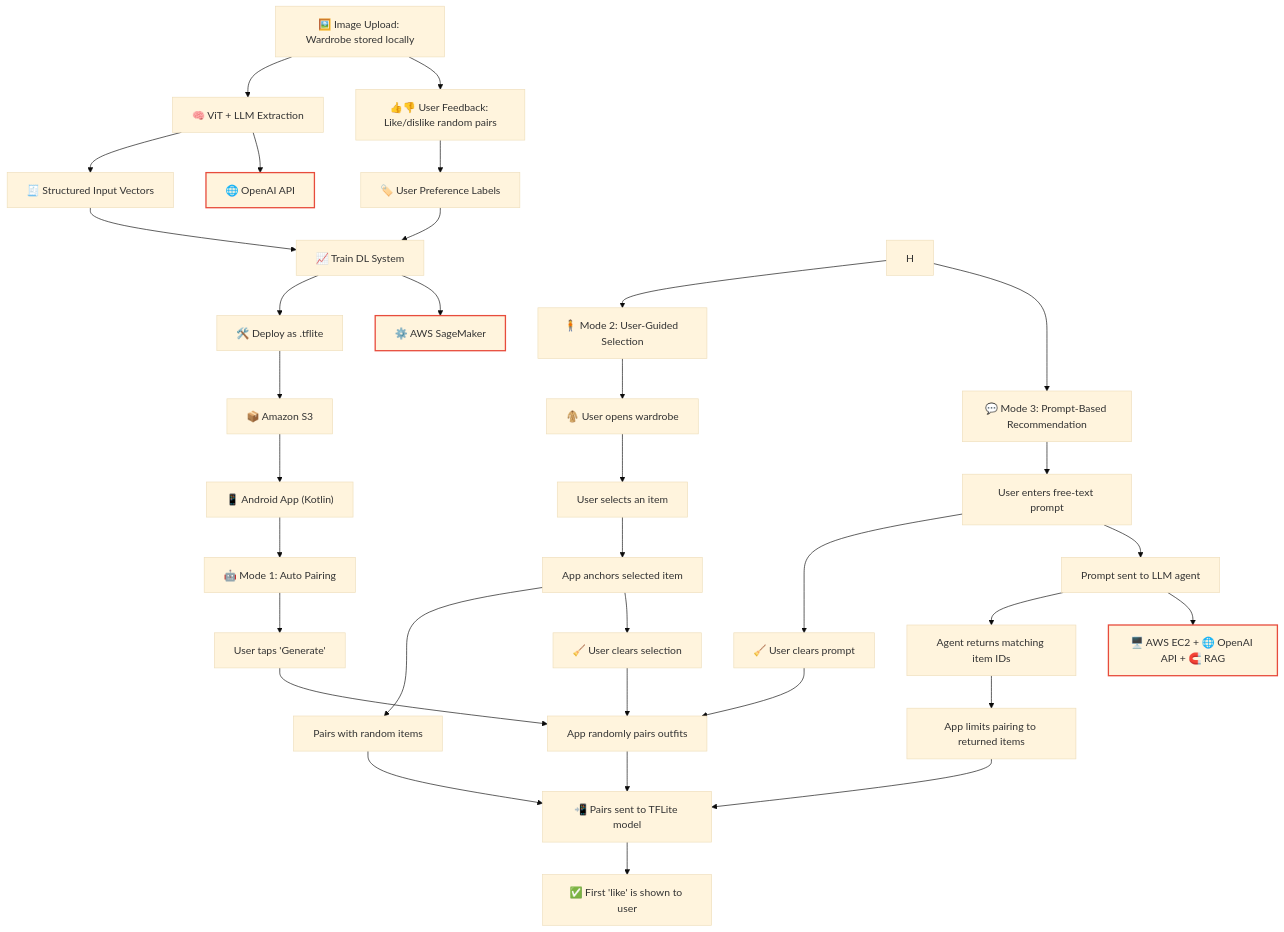
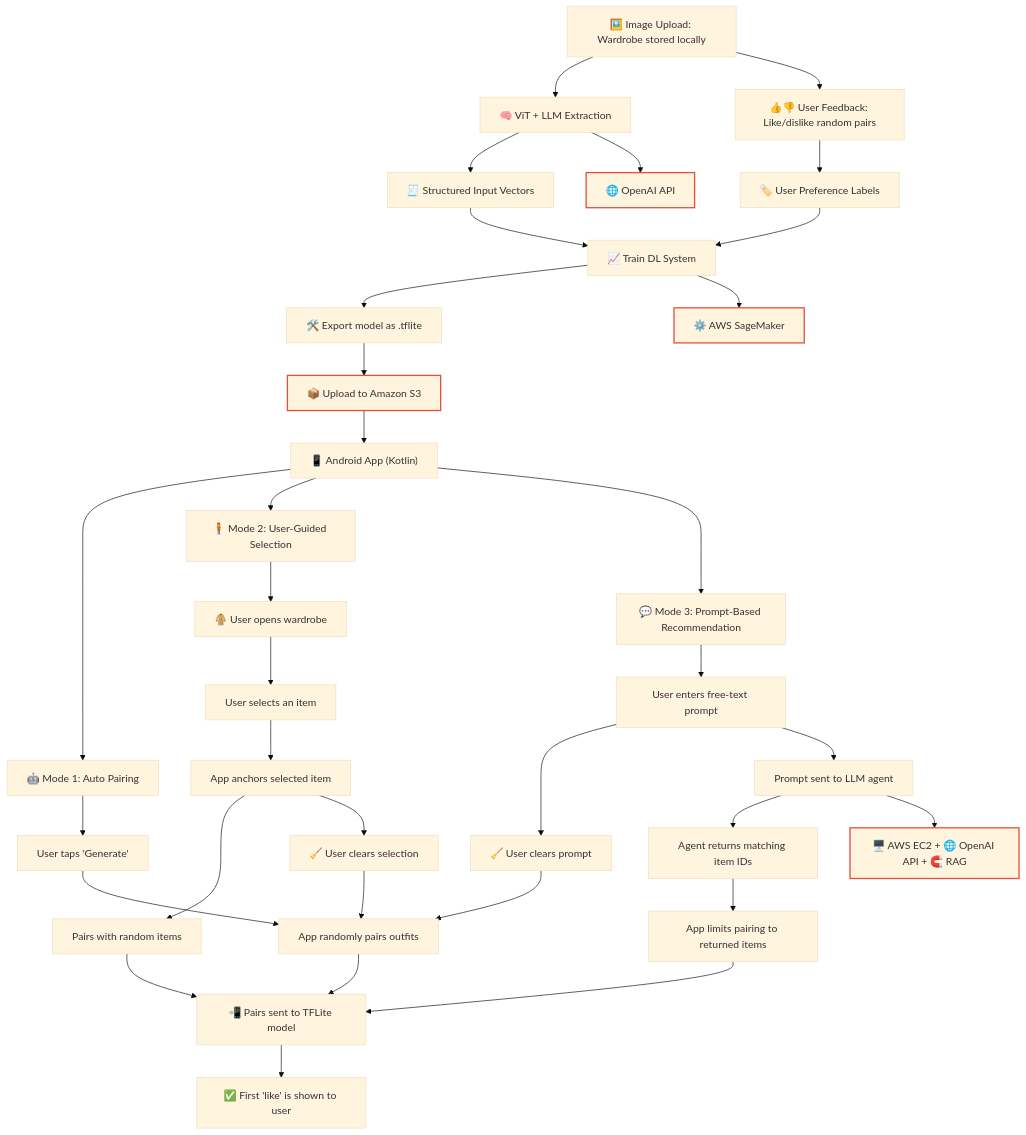
Before and after one commit to DressMe-AI/awesome-dressmeai: the diagram in README.md, drawn with Mermaid (base theme).

````diff
--- a/README.md
+++ b/README.md
@@ -44,55 +44,55 @@
 ```mermaid
 flowchart TD
     %% Core pipeline
     A["🖼️ Image Upload: Wardrobe stored locally"] --> B
     A --> C
     B["🧠 ViT + LLM Extraction"] --> D
     C["👍👎 User Feedback: Like/dislike random pairs"] --> E
     D["🧾 Structured Input Vectors"] --> F
     E["🏷️ User Preference Labels"] --> F
     F["📈 Train DL System"] --> G
-    G["🛠️ Deploy as .tflite"] --> H1
-    H1["📦 Amazon S3"] --> H2
-    H2["📱 Android App (Kotlin)"] --> I1_start
-    H --> I2_start
-    H --> I3_start
+    G["🛠️ Export model as .tflite"] --> S3_upload
+    S3_upload["📦 Upload to Amazon S3"]:::external --> H_app
+    H_app["📱 Android App (Kotlin)"] --> I1_start
+    H_app --> I2_start
+    H_app --> I3_start
 
     %% Mode 1
     I1_start["🤖 Mode 1: Auto Pairing"] --> I1_a["User taps 'Generate'"]
     I1_a --> I1_b["App randomly pairs outfits"]
     I1_b --> I_common
 
     %% Mode 2
     I2_start["🧍 Mode 2: User-Guided Selection"] --> I2_a["🧥 User opens wardrobe"]
     I2_a --> I2_access["User selects an item"]
     I2_access --> I2_b["App anchors selected item"]
     I2_b --> I2_c["Pairs with random items"]
     I2_b --> I2_fallback["🧹 User clears selection"]
     I2_fallback --> I1_b
     I2_c --> I_common
 
     %% Mode 3
     I3_start["💬 Mode 3: Prompt-Based Recommendation"] --> I3_a["User enters free-text prompt"]
     I3_a --> I3_fallback["🧹 User clears prompt"]
     I3_fallback --> I1_b
     I3_a --> I3_b["Prompt sent to LLM agent"]
     I3_b --> I3_c["Agent returns matching item IDs"]
     I3_c --> I3_d["App limits pairing to returned items"]
     I3_d --> I_common
 
     %% Shared DL inference
     I_common["📲 Pairs sent to TFLite model"] --> I_final["✅ First 'like' is shown to user"]
 
     %% External systems as side nodes
     ext_openai["🌐 OpenAI API"]:::external
     ext_ec2["🖥️ AWS EC2 + 🌐 OpenAI API + 🧲 RAG"]:::external
     ext_sagemaker["⚙️ AWS SageMaker"]:::external
 
     %% Arrows to external systems
     B --> ext_openai
     I3_b --> ext_ec2
     F --> ext_sagemaker
 
     %% Styling for external nodes
     classDef external stroke:#e74c3c,stroke-width:2px;
 ```
````
